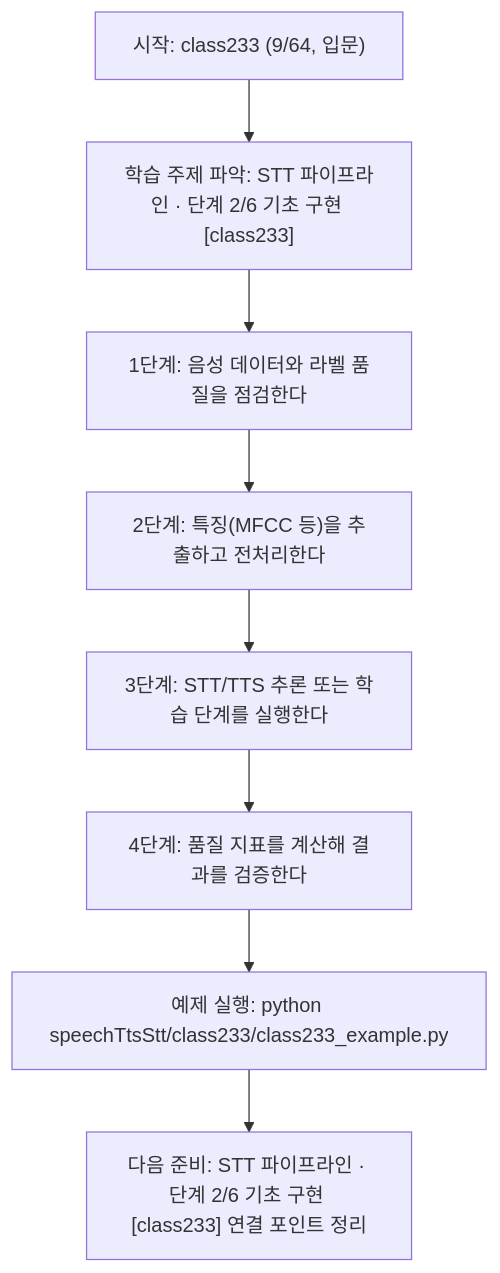
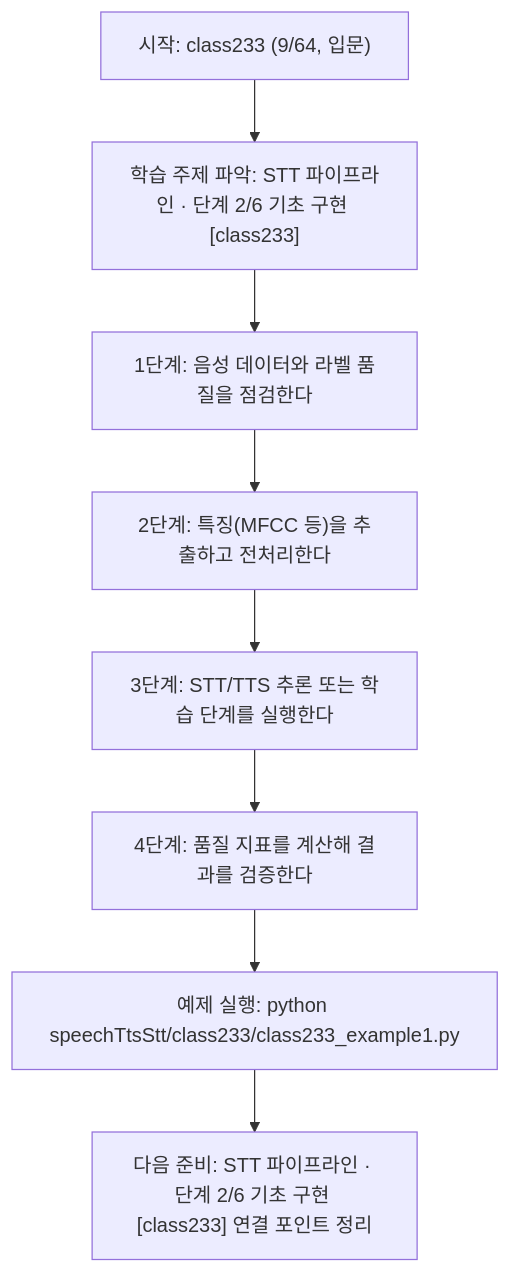
The diagram in speechTtsStt/class233/class233.md (edumgt/Python-AI_Agent-Class), drawn with Mermaid before and after one commit. The commit also changed other lines of this file and 2959 other files, not shown here.

````diff
--- a/speechTtsStt/class233/class233.md
+++ b/speechTtsStt/class233/class233.md
@@ -113,18 +113,18 @@
 ```mermaid
 flowchart TD
 N1["시작: class233 (9/64, 입문)"]
 N2["학습 주제 파악: STT 파이프라인 · 단계 2/6 기초 구현 [class233]"]
 N3["1단계: 음성 데이터와 라벨 품질을 점검한다"]
 N4["2단계: 특징(MFCC 등)을 추출하고 전처리한다"]
 N5["3단계: STT/TTS 추론 또는 학습 단계를 실행한다"]
 N6["4단계: 품질 지표를 계산해 결과를 검증한다"]
-N7["예제 실행: python speechTtsStt/class233/class233_example.py"]
+N7["예제 실행: python speechTtsStt/class233/class233_example1.py"]
 N8["다음 준비: STT 파이프라인 · 단계 2/6 기초 구현 [class233] 연결 포인트 정리"]
 N1 --> N2
 N2 --> N3
 N3 --> N4
 N4 --> N5
 N5 --> N6
 N6 --> N7
 N7 --> N8
 ```
````
